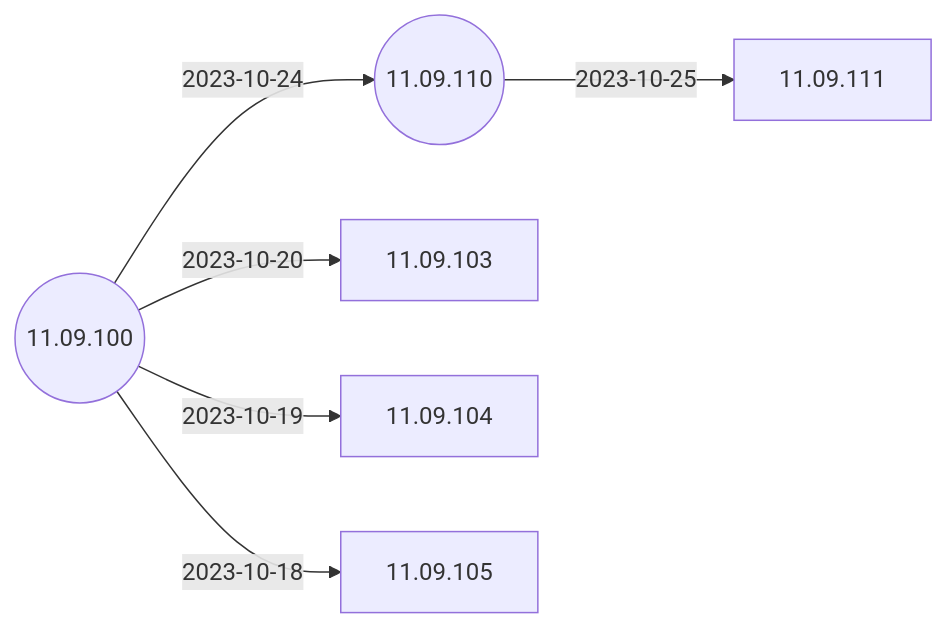
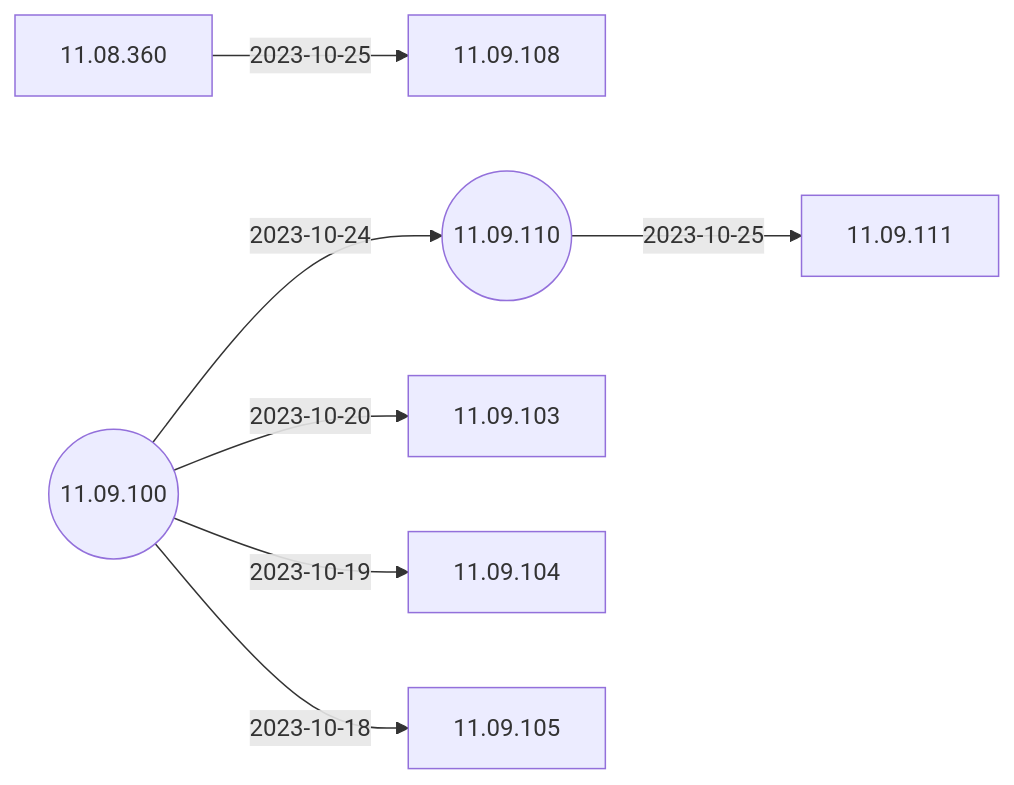
One commit to IGEL-Community/IGEL-Docs-v02 changed the second of 5 diagrams in docs/Docs/ReleaseNotes/01-OS11/README.md. Above: the diagram before and after it, drawn with Mermaid. The commit also changed 2 other files, not shown here.

Commit message:
11.09.108 < 11.08.360

````diff
--- a/docs/Docs/ReleaseNotes/01-OS11/README.md
+++ b/docs/Docs/ReleaseNotes/01-OS11/README.md
@@ -41,15 +41,17 @@
 ```mermaid
 flowchart LR
+    11.08.360-- 2023-10-25 -->11.09.108
     11.09.110-- 2023-10-25 -->11.09.111
     11.09.100-- 2023-10-24 -->11.09.110((11.09.110))
     11.09.100-- 2023-10-20 -->11.09.103
     11.09.100-- 2023-10-19 -->11.09.104
     11.09.100-- 2023-10-18 -->11.09.105
     11.09.100((11.09.100))
+    click 11.09.108 "https://github.com/IGEL-Community/IGEL-Docs-v02/tree/main/docs/Docs/ReleaseNotes/01-OS11/readme11.09.108.txt" _blank
     click 11.09.111 "https://github.com/IGEL-Community/IGEL-Docs-v02/tree/main/docs/Docs/ReleaseNotes/01-OS11/readme11.09.111.txt" _blank
     click 11.09.110 "https://github.com/IGEL-Community/IGEL-Docs-v02/tree/main/docs/Docs/ReleaseNotes/01-OS11/readme11.09.110.txt" _blank
     click 11.09.103 "https://github.com/IGEL-Community/IGEL-Docs-v02/tree/main/docs/Docs/ReleaseNotes/01-OS11/readme11.09.103.txt" _blank
     click 11.09.104 "https://github.com/IGEL-Community/IGEL-Docs-v02/tree/main/docs/Docs/ReleaseNotes/01-OS11/readme11.09.104.txt" _blank
     click 11.09.105 "https://github.com/IGEL-Community/IGEL-Docs-v02/tree/main/docs/Docs/ReleaseNotes/01-OS11/readme11.09.105.txt" _blank
     click 11.09.100 "https://github.com/IGEL-Community/IGEL-Docs-v02/tree/main/docs/Docs/ReleaseNotes/01-OS11/readme11.09.100.txt" _blank
 ```
````
